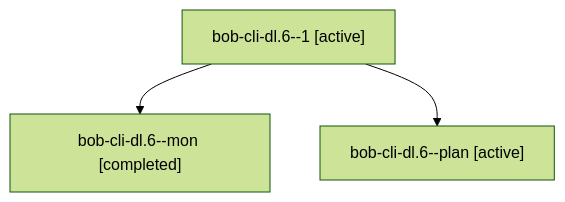
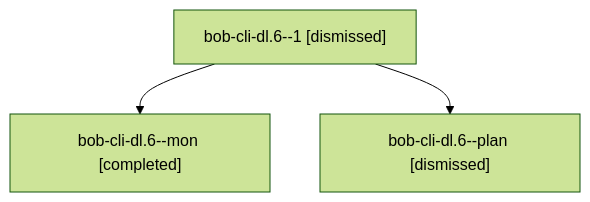
One commit to bobs-org/bob-cli--agents changed the diagram in sessions/bbugyi200.apollo.bob-cli-dl.6.md. Above: the diagram before and after it, drawn with Mermaid (forest theme). The commit also changed other lines of this file and 222 other files, not shown here.

````diff
--- a/sessions/bbugyi200.apollo.bob-cli-dl.6.md
+++ b/sessions/bbugyi200.apollo.bob-cli-dl.6.md
@@ -9,8 +9,8 @@
 ```mermaid
 flowchart TD
-  n0["bob-cli-dl.6--1 [active]"]
+  n0["bob-cli-dl.6--1 [dismissed]"]
   n1["bob-cli-dl.6--mon [completed]"]
   n0 --> n1
-  n2["bob-cli-dl.6--plan [active]"]
+  n2["bob-cli-dl.6--plan [dismissed]"]
   n0 --> n2
 ```
````
